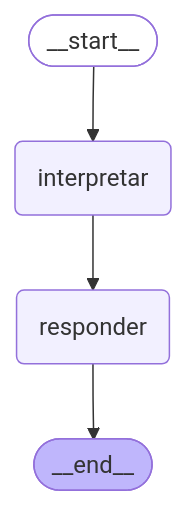
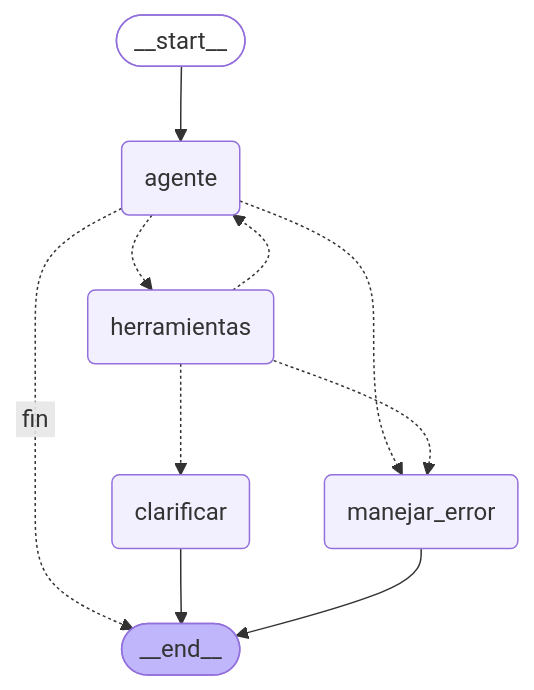
One commit to Redevil15/car-detailing-voice-agent changed the diagram in README.md. Above: the diagram before and after it, drawn with Mermaid. The commit also changed other lines of this file and 5 other files, not shown here.

````diff
--- a/README.md
+++ b/README.md
@@ -16,13 +16,21 @@
 ```mermaid
 graph TD;
 	__start__([<p>__start__</p>]):::first
-	interpretar(interpretar)
-	responder(responder)
+	agente(agente)
+	herramientas(herramientas)
+	clarificar(clarificar)
+	manejar_error(manejar_error)
 	__end__([<p>__end__</p>]):::last
-	__start__ --> interpretar;
-	interpretar --> responder;
-	responder --> __end__;
+	__start__ --> agente;
+	agente -. &nbsp;fin&nbsp; .-> __end__;
+	agente -.-> herramientas;
+	agente -.-> manejar_error;
+	herramientas -.-> agente;
+	herramientas -.-> clarificar;
+	herramientas -.-> manejar_error;
+	clarificar --> __end__;
+	manejar_error --> __end__;
 	classDef default fill:#f2f0ff,line-height:1.2
 	classDef first fill-opacity:0
 	classDef last fill:#bfb6fc
 ```
````
